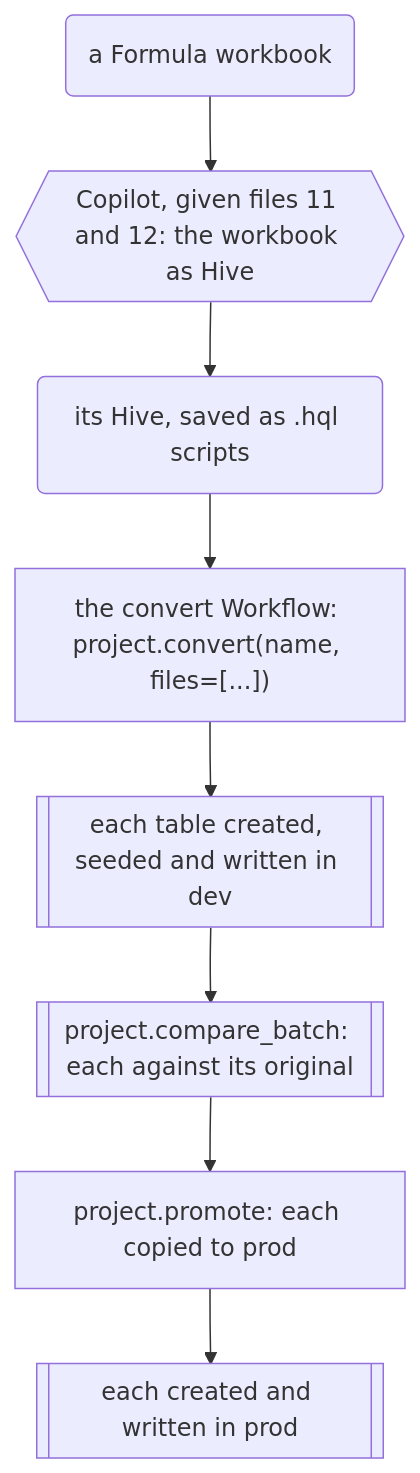
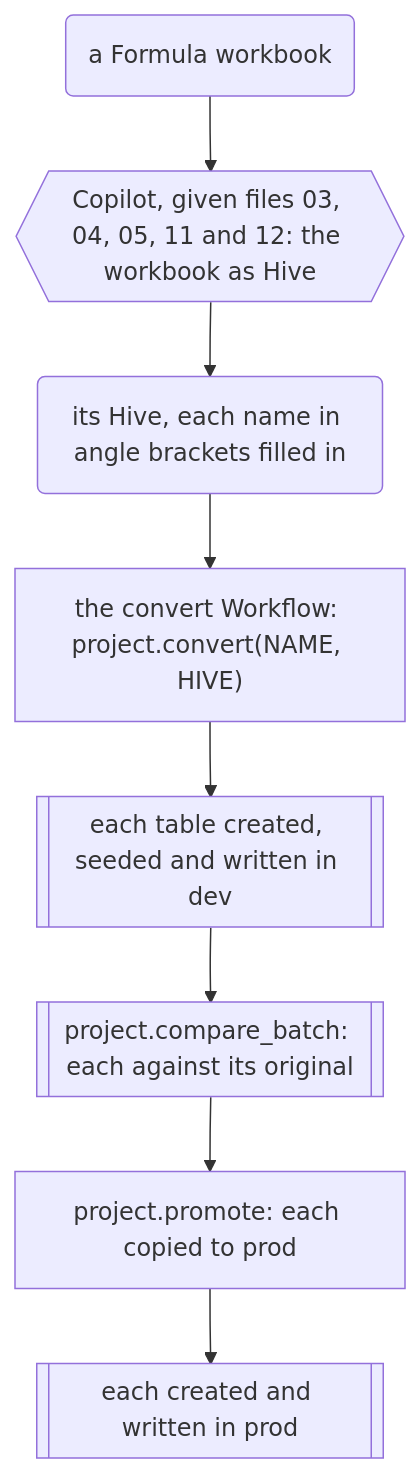
Before and after one commit to EdgyPage/SQL-Composer: the eighth of 8 diagrams in docs/clean-branch-readme.md, drawn with Mermaid. The commit also changed other lines of this file and 27 other files, not shown here.

````diff
--- a/docs/clean-branch-readme.md
+++ b/docs/clean-branch-readme.md
@@ -795,12 +828,12 @@
 ```mermaid
 flowchart TD
     workbook("a Formula workbook")
-    copilot{{"Copilot, given files 11 and 12: the workbook as Hive"}}
-    scripts("its Hive, saved as .hql scripts")
-    convert["the convert Workflow: project.convert(name, files=[...])"]
+    copilot{{"Copilot, given files 03, 04, 05, 11 and 12: the workbook as Hive"}}
+    scripts("its Hive, each name in angle brackets filled in")
+    convert["the convert Workflow: project.convert(NAME, HIVE)"]
     dev[["each table created, seeded and written in dev"]]
     compare[["project.compare_batch: each against its original"]]
     promote["project.promote: each copied to prod"]
     prod[["each created and written in prod"]]
     workbook --> copilot --> scripts --> convert --> dev --> compare --> promote --> prod
 ```
````
